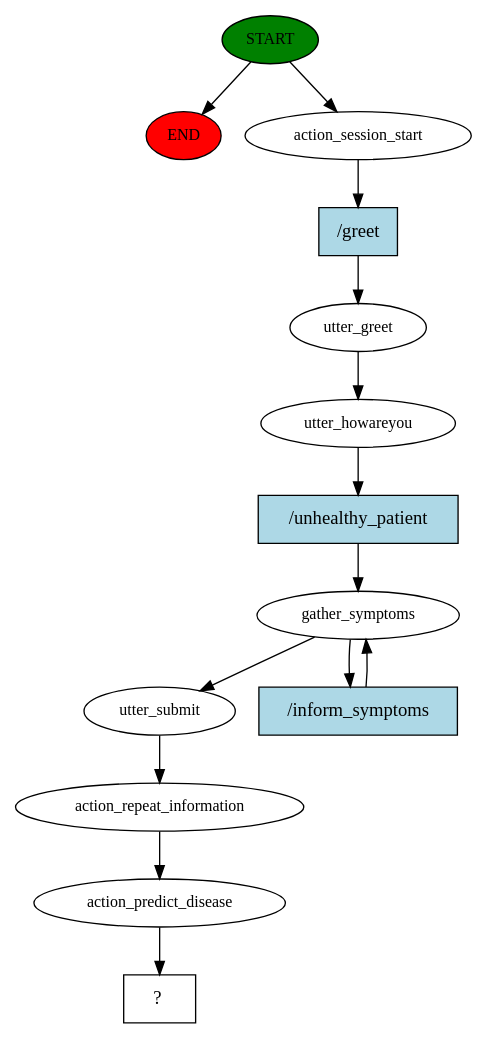
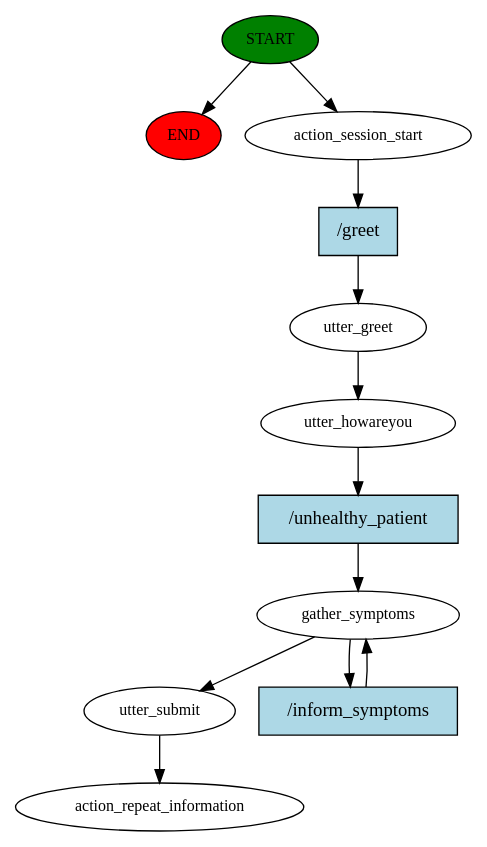
One commit to visheshofficial/ai-health-agent changed the diagram in story_graph.dot. Above: the diagram before and after it, drawn with Graphviz. The commit also changed 14 other files, not shown here.

```diff
--- a/story_graph.dot
+++ b/story_graph.dot
@@ -1,28 +1,24 @@
 digraph  {
 0 [class="start active", fillcolor=green, fontsize=12, label=START, style=filled];
 "-1" [class=end, fillcolor=red, fontsize=12, label=END, style=filled];
 1 [class=active, fontsize=12, label=action_session_start];
 2 [class=active, fontsize=12, label=utter_greet];
 3 [class=active, fontsize=12, label=utter_howareyou];
 4 [class=active, fontsize=12, label=gather_symptoms];
 6 [class=active, fontsize=12, label=utter_submit];
-7 [class=active, fontsize=12, label=action_repeat_information];
-8 [class=active, fontsize=12, label=action_predict_disease];
-9 [class="intent dashed active", label="  ?  ", shape=rect];
-10 [class="intent active", fillcolor=lightblue, label="/greet", shape=rect, style=filled];
-11 [class="intent active", fillcolor=lightblue, label="/unhealthy_patient", shape=rect, style=filled];
-12 [class="intent active", fillcolor=lightblue, label="/inform_symptoms", shape=rect, style=filled];
+7 [class="dashed active", fontsize=12, label=action_repeat_information];
+8 [class="intent active", fillcolor=lightblue, label="/greet", shape=rect, style=filled];
+9 [class="intent active", fillcolor=lightblue, label="/unhealthy_patient", shape=rect, style=filled];
+10 [class="intent active", fillcolor=lightblue, label="/inform_symptoms", shape=rect, style=filled];
 0 -> "-1"  [class="", key=NONE, label=""];
 0 -> 1  [class=active, key=NONE, label=""];
-1 -> 10  [class=active, key=0];
+1 -> 8  [class=active, key=0];
 2 -> 3  [class=active, key=NONE, label=""];
-3 -> 11  [class=active, key=0];
+3 -> 9  [class=active, key=0];
 4 -> 6  [class=active, key=NONE, label=""];
-4 -> 12  [class=active, key=0];
+4 -> 10  [class=active, key=0];
 6 -> 7  [class=active, key=NONE, label=""];
-7 -> 8  [class=active, key=NONE, label=""];
-8 -> 9  [class=active, key=NONE, label=""];
-10 -> 2  [class=active, key=0];
-11 -> 4  [class=active, key=0];
-12 -> 4  [class=active, key=0];
+8 -> 2  [class=active, key=0];
+9 -> 4  [class=active, key=0];
+10 -> 4  [class=active, key=0];
 }
```
